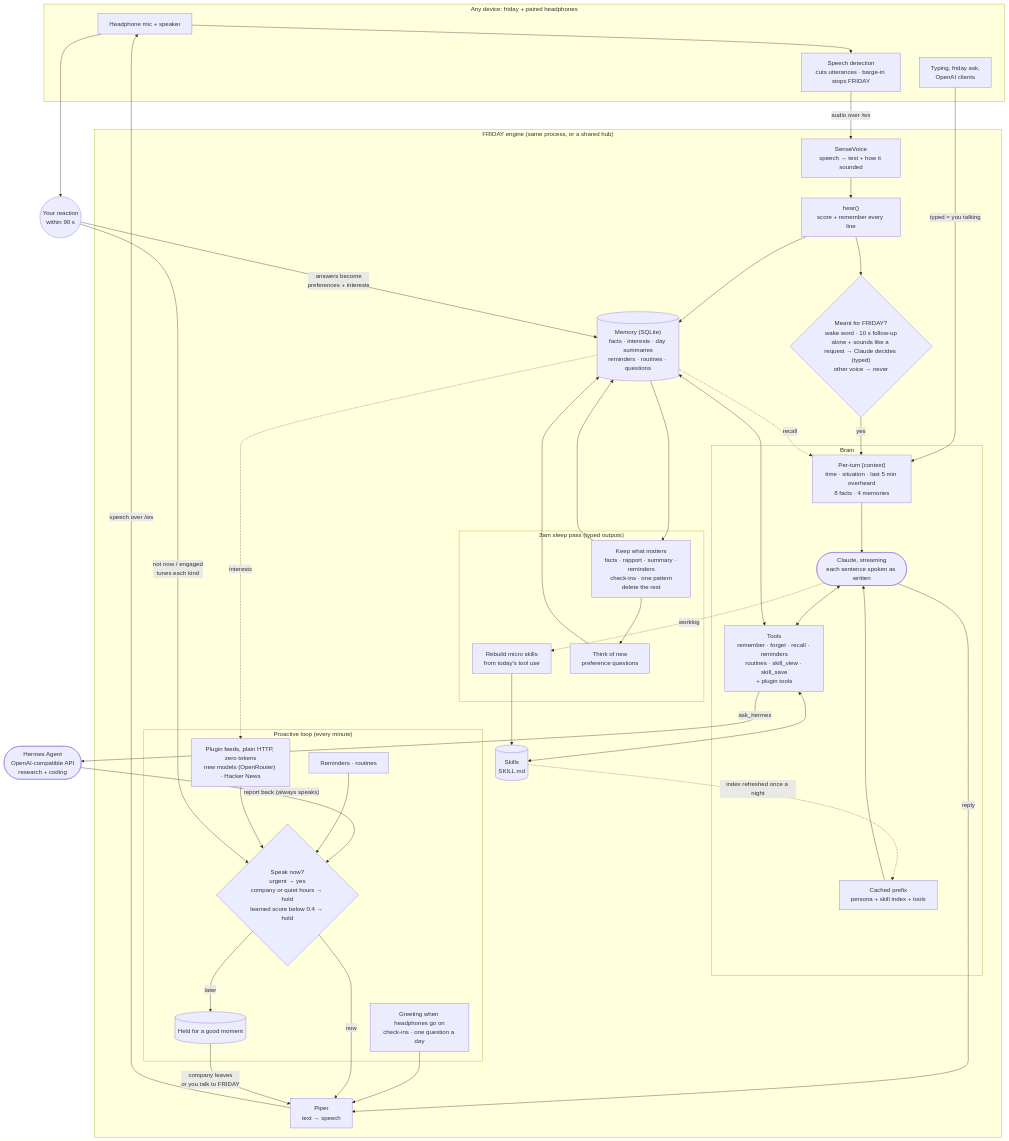
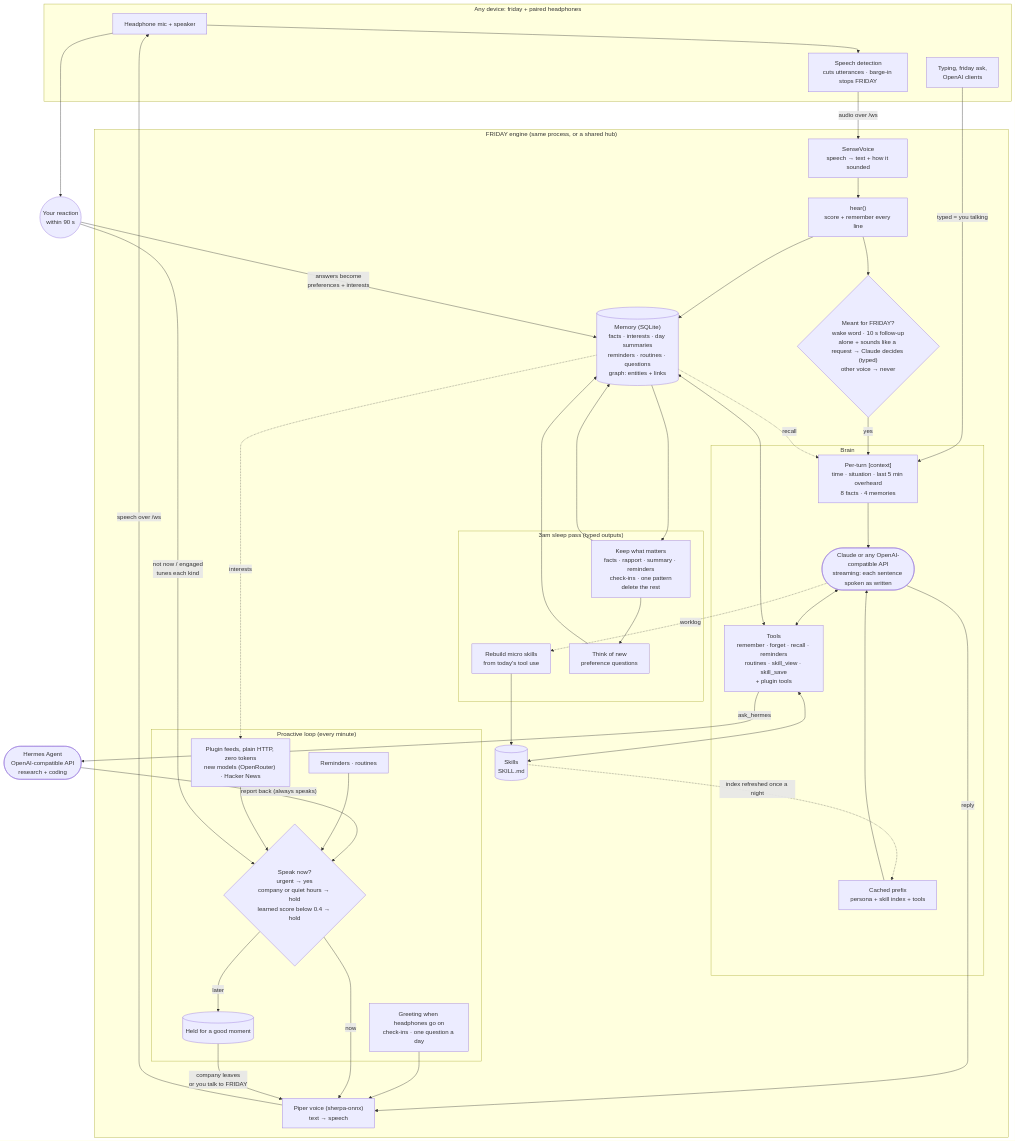
Before and after one commit to thesnarkitecht/friday: the first of 2 diagrams in docs/ARCHITECTURE.md, drawn with Mermaid. The commit also changed 11 other files, not shown here.

First line of the commit message:
Ears and voice both on sherpa-onnx; proxy-safe local connections; docs

````diff
--- a/docs/ARCHITECTURE.md
+++ b/docs/ARCHITECTURE.md
@@ -8,75 +8,75 @@
 ```mermaid
 flowchart TB
     subgraph DEVICE["Any device: friday + paired headphones"]
         buds["Headphone mic + speaker"]
         vad["Speech detection<br/>cuts utterances · barge-in stops FRIDAY"]
         typed["Typing, friday ask,<br/>OpenAI clients"]
     end
 
     subgraph SERVER["FRIDAY engine (same process, or a shared hub)"]
         stt["SenseVoice<br/>speech → text + how it sounded"]
-        tts["Piper<br/>text → speech"]
+        tts["Piper voice (sherpa-onnx)<br/>text → speech"]
         hear["hear()<br/>score + remember every line"]
         who{"Meant for FRIDAY?<br/>wake word · 10 s follow-up<br/>alone + sounds like a request → Claude decides (typed)<br/>other voice → never"}
 
         subgraph BRAIN["Brain"]
             prefix["Cached prefix<br/>persona + skill index + tools"]
             ctx["Per-turn [context]<br/>time · situation · last 5 min overheard<br/>8 facts · 4 memories"]
-            claude(["Claude, streaming<br/>each sentence spoken as written"])
+            claude(["Claude or any OpenAI-compatible API<br/>streaming: each sentence spoken as written"])
             tools["Tools<br/>remember · forget · recall · reminders<br/>routines · skill_view · skill_save<br/>+ plugin tools"]
         end
 
-        mem[("Memory (SQLite)<br/>facts · interests · day summaries<br/>reminders · routines · questions")]
+        mem[("Memory (SQLite)<br/>facts · interests · day summaries<br/>reminders · routines · questions<br/>graph: entities + links")]
         skills[("Skills<br/>SKILL.md")]
 
         subgraph PRO["Proactive loop (every minute)"]
             due["Reminders · routines"]
             feeds["Plugin feeds, plain HTTP, zero tokens<br/>new models (OpenRouter) · Hacker News"]
             ask["Greeting when headphones go on<br/>check-ins · one question a day"]
             gate{"Speak now?<br/>urgent → yes<br/>company or quiet hours → hold<br/>learned score below 0.4 → hold"}
             held[("Held for a good moment")]
         end
 
         subgraph NIGHT["3am sleep pass (typed outputs)"]
             keep["Keep what matters<br/>facts · rapport · summary · reminders<br/>check-ins · one pattern<br/>delete the rest"]
             review["Rebuild micro skills<br/>from today's tool use"]
             newq["Think of new<br/>preference questions"]
         end
     end
 
     hermes(["Hermes Agent<br/>OpenAI-compatible API<br/>research + coding"])
     you(("Your reaction<br/>within 90 s"))
 
     buds --> vad -- "audio over /ws" --> stt --> hear
     typed -- "typed = you talking" --> ctx
     hear --> mem
     hear --> who
     who -- yes --> ctx
     mem -. recall .-> ctx
     prefix --> claude
     ctx --> claude
     claude <--> tools
     tools <--> mem
     tools <--> skills
     tools -- ask_hermes --> hermes
     hermes -- "report back (always speaks)" --> gate
     claude -- reply --> tts
 
     due --> gate
     feeds --> gate
     ask --> tts
     gate -- now --> tts
     gate -- later --> held
     held -- "company leaves<br/>or you talk to FRIDAY" --> tts
     tts -- "speech over /ws" --> buds
 
     buds --> you
     you -- "not now / engaged<br/>tunes each kind" --> gate
     you -- "answers become<br/>preferences + interests" --> mem
     mem -. interests .-> feeds
 
     mem --> keep --> mem
     claude -. worklog .-> review --> skills
     keep --> newq --> mem
     skills -. "index refreshed once a night" .-> prefix
 ```
````
